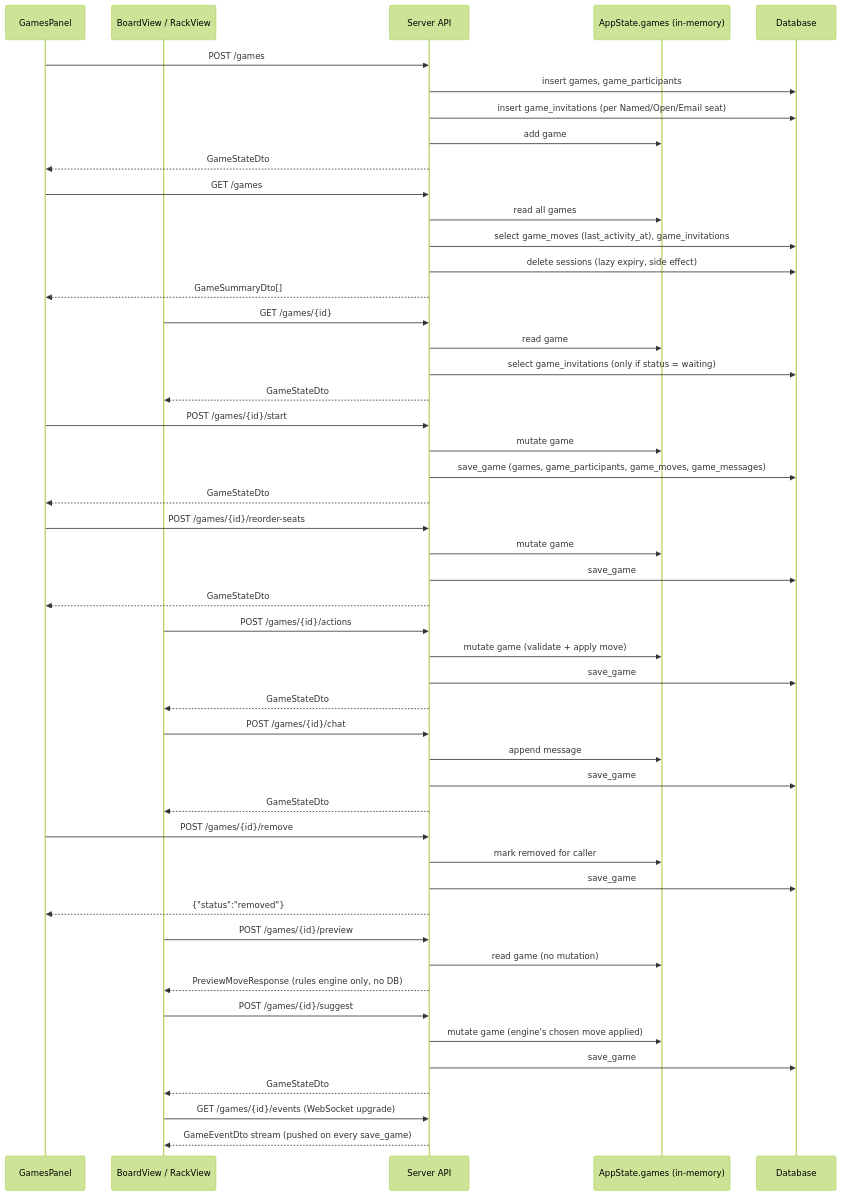
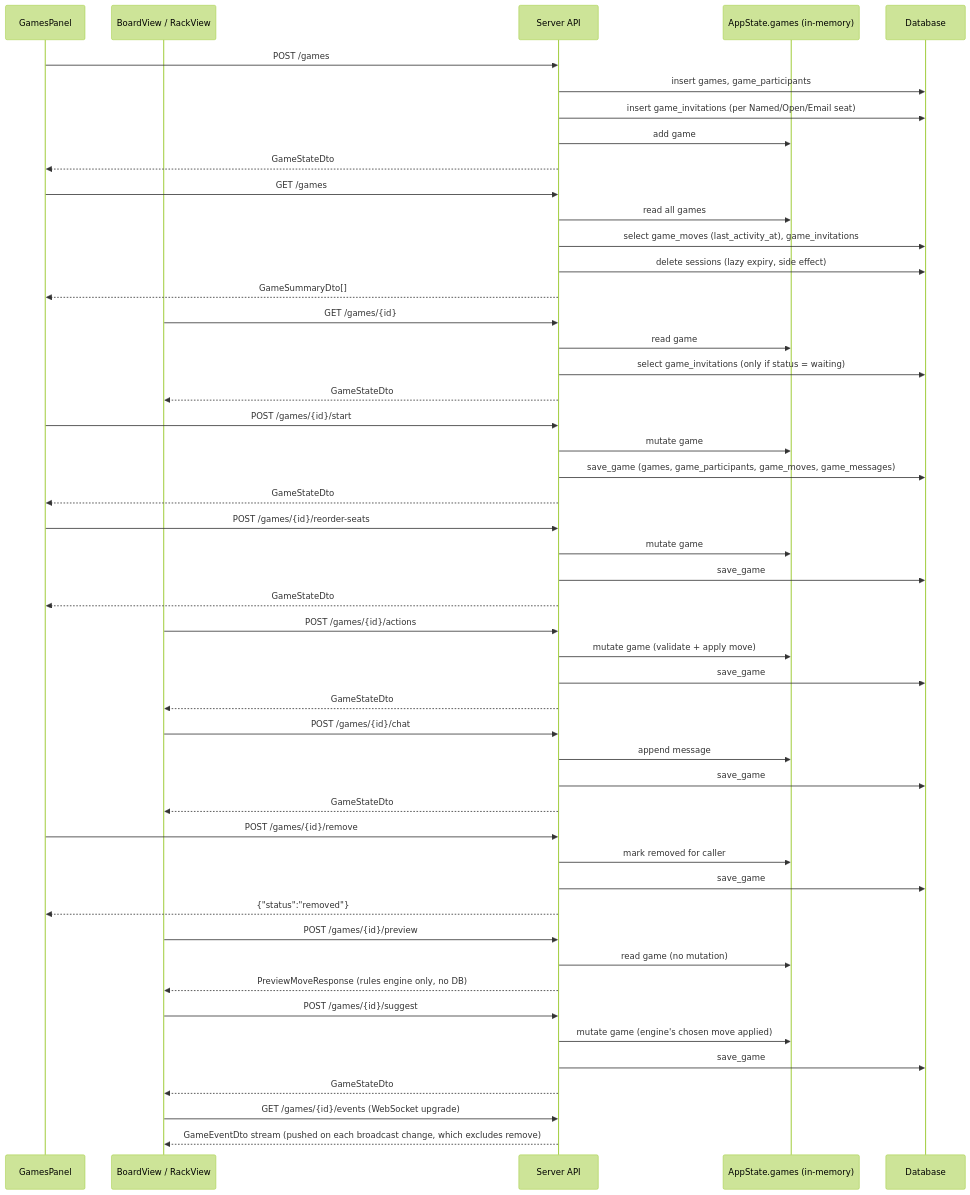
One commit to delphside/tile-lite-elite changed the sixth of 9 diagrams in docs/4.4.3-api-schema.md. Above: the diagram before and after it, drawn with Mermaid (forest theme). The commit also changed other lines of this file and 2 other files, not shown here.

First line of the commit message:
app 0.9.2 api 2.16: reference review, the third review round's fixes

````diff
--- a/docs/4.4.3-api-schema.md
+++ b/docs/4.4.3-api-schema.md
@@ -970,62 +973,62 @@
 ```mermaid
 sequenceDiagram
     participant Games as GamesPanel
     participant Board as BoardView / RackView
     participant API as Server API
     participant Mem as AppState.games (in-memory)
     participant DB as Database
 
     Games->>API: POST /games
     API->>DB: insert games, game_participants
     API->>DB: insert game_invitations (per Named/Open/Email seat)
     API->>Mem: add game
     API-->>Games: GameStateDto
 
     Games->>API: GET /games
     API->>Mem: read all games
     API->>DB: select game_moves (last_activity_at), game_invitations
     API->>DB: delete sessions (lazy expiry, side effect)
     API-->>Games: GameSummaryDto[]
 
     Board->>API: GET /games/{id}
     API->>Mem: read game
     API->>DB: select game_invitations (only if status = waiting)
     API-->>Board: GameStateDto
 
     Games->>API: POST /games/{id}/start
     API->>Mem: mutate game
     API->>DB: save_game (games, game_participants, game_moves, game_messages)
     API-->>Games: GameStateDto
 
     Games->>API: POST /games/{id}/reorder-seats
     API->>Mem: mutate game
     API->>DB: save_game
     API-->>Games: GameStateDto
 
     Board->>API: POST /games/{id}/actions
     API->>Mem: mutate game (validate + apply move)
     API->>DB: save_game
     API-->>Board: GameStateDto
 
     Board->>API: POST /games/{id}/chat
     API->>Mem: append message
     API->>DB: save_game
     API-->>Board: GameStateDto
 
     Games->>API: POST /games/{id}/remove
     API->>Mem: mark removed for caller
     API->>DB: save_game
     API-->>Games: {"status":"removed"}
 
     Board->>API: POST /games/{id}/preview
     API->>Mem: read game (no mutation)
     API-->>Board: PreviewMoveResponse (rules engine only, no DB)
 
     Board->>API: POST /games/{id}/suggest
     API->>Mem: mutate game (engine's chosen move applied)
     API->>DB: save_game
     API-->>Board: GameStateDto
 
     Board->>API: GET /games/{id}/events (WebSocket upgrade)
-    API-->>Board: GameEventDto stream (pushed on every save_game)
+    API-->>Board: GameEventDto stream (pushed on each broadcast change, which excludes remove)
 ```
````
